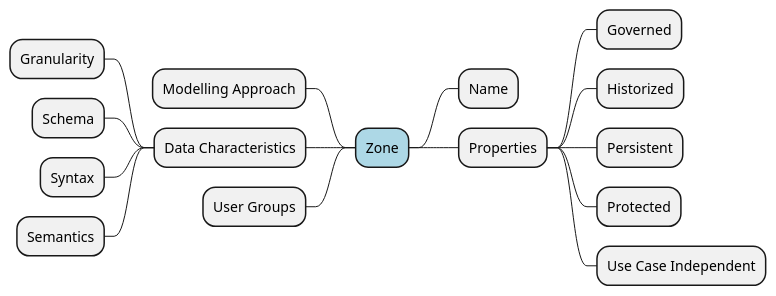
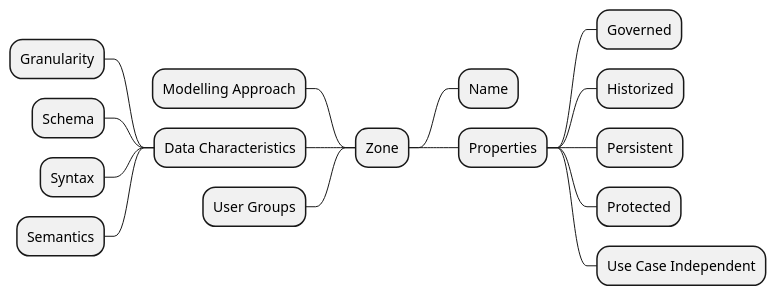
Before and after one commit to jeffersonroth/jjrf-data-reliability-book: the first of 2 diagrams in src/concepts/data_lake.md, drawn with PlantUML. The commit also changed other lines of this file and 10 other files, not shown here.

````diff
--- a/src/concepts/data_lake.md
+++ b/src/concepts/data_lake.md
@@ -137,19 +136,19 @@
 ```plantuml
 @startmindmap
-+[#lightblue] Zone
++ Zone
 ++ Name
 -- Modelling Approach
 ++ Properties
 +++ Governed
 +++ Historized
 +++ Persistent
 +++ Protected
 +++ Use Case Independent
 -- Data Characteristics
 --- Granularity
 --- Schema
 --- Syntax
 --- Semantics
 -- User Groups
 @endmindmap
 ```
````
